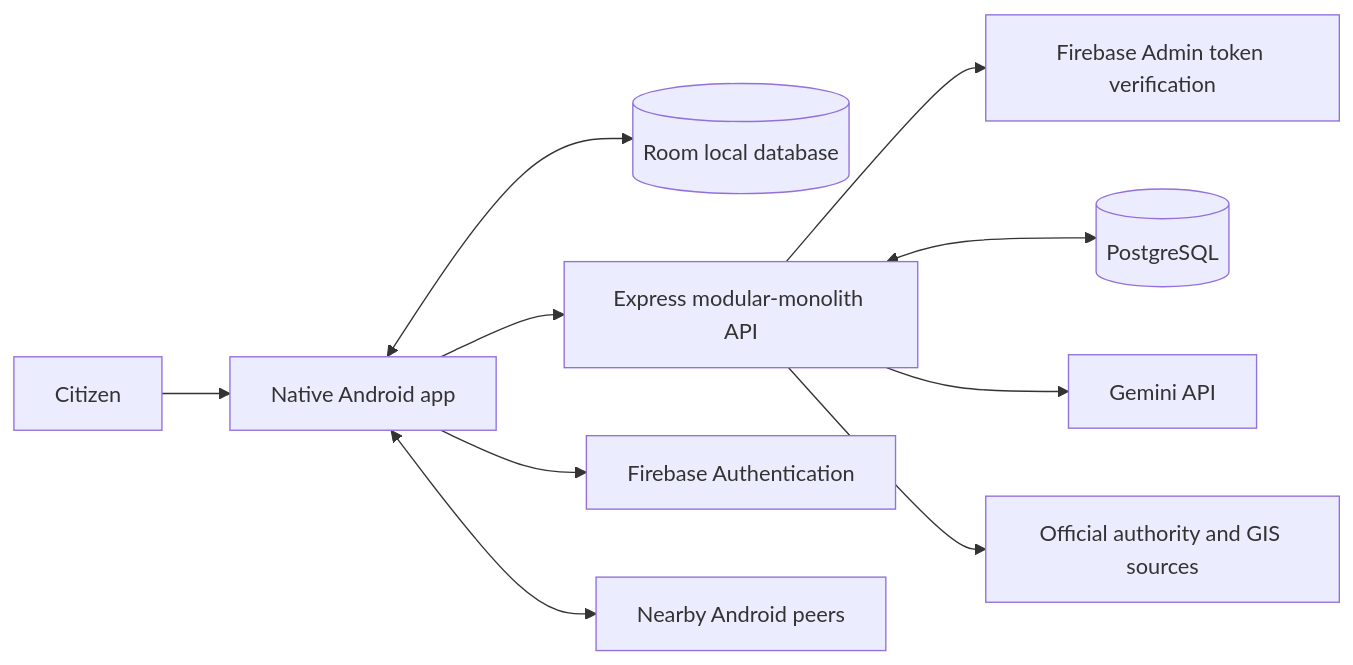
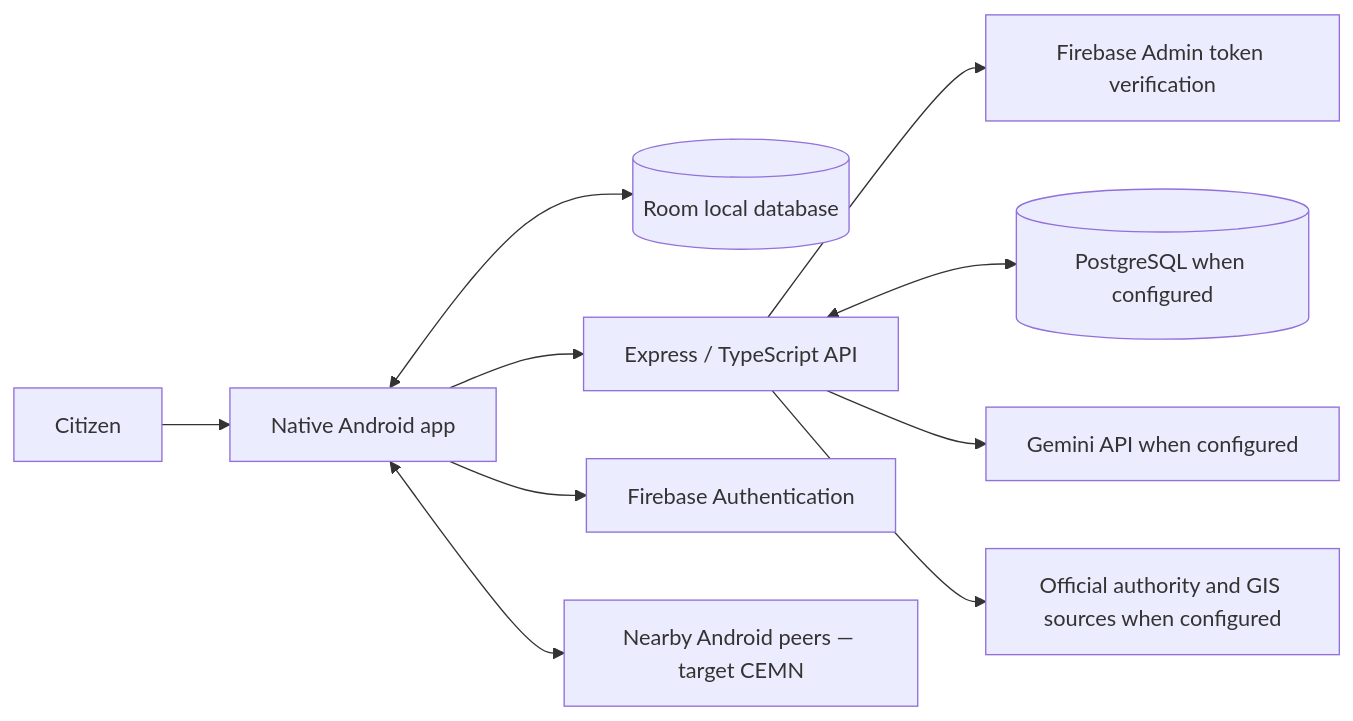
The diagram in docs/architecture/overview.md (souravsviswajith/cityfix), drawn with Mermaid before and after one commit. The commit also changed other lines of this file, not shown here.

Commit message:
docs: align architecture overview with current backend and status

````diff
--- a/docs/architecture/overview.md
+++ b/docs/architecture/overview.md
@@ -22,23 +28,23 @@
 ```mermaid
 flowchart LR
     Citizen[Citizen]
     Android[Native Android app]
     Local[(Room local database)]
-    API[Express modular-monolith API]
+    API[Express / TypeScript API]
     Auth[Firebase Authentication]
     Admin[Firebase Admin token verification]
-    DB[(PostgreSQL)]
-    Gemini[Gemini API]
-    Sources[Official authority and GIS sources]
-    Peers[Nearby Android peers]
+    DB[(PostgreSQL when configured)]
+    Gemini[Gemini API when configured]
+    Sources[Official authority and GIS sources when configured]
+    Peers[Nearby Android peers — target CEMN]
 
     Citizen --> Android
     Android <--> Local
     Android --> Auth
     Android --> API
     API --> Admin
     API <--> DB
     API --> Gemini
     API --> Sources
     Android <--> Peers
 ```
````
